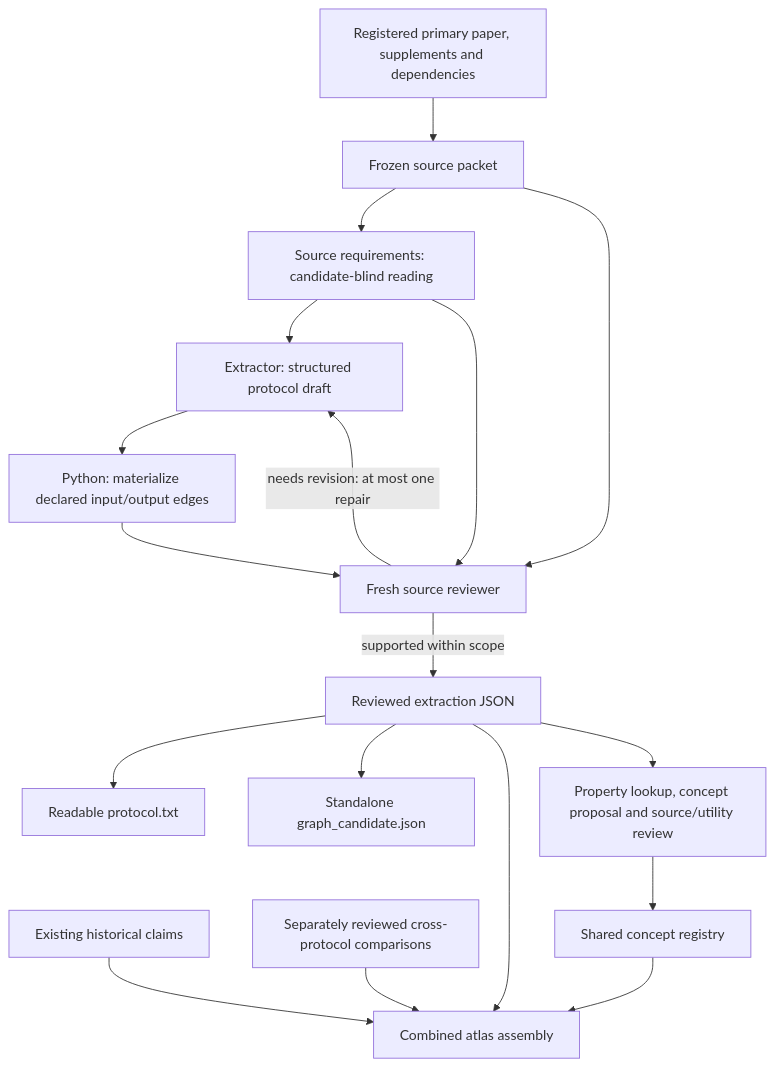
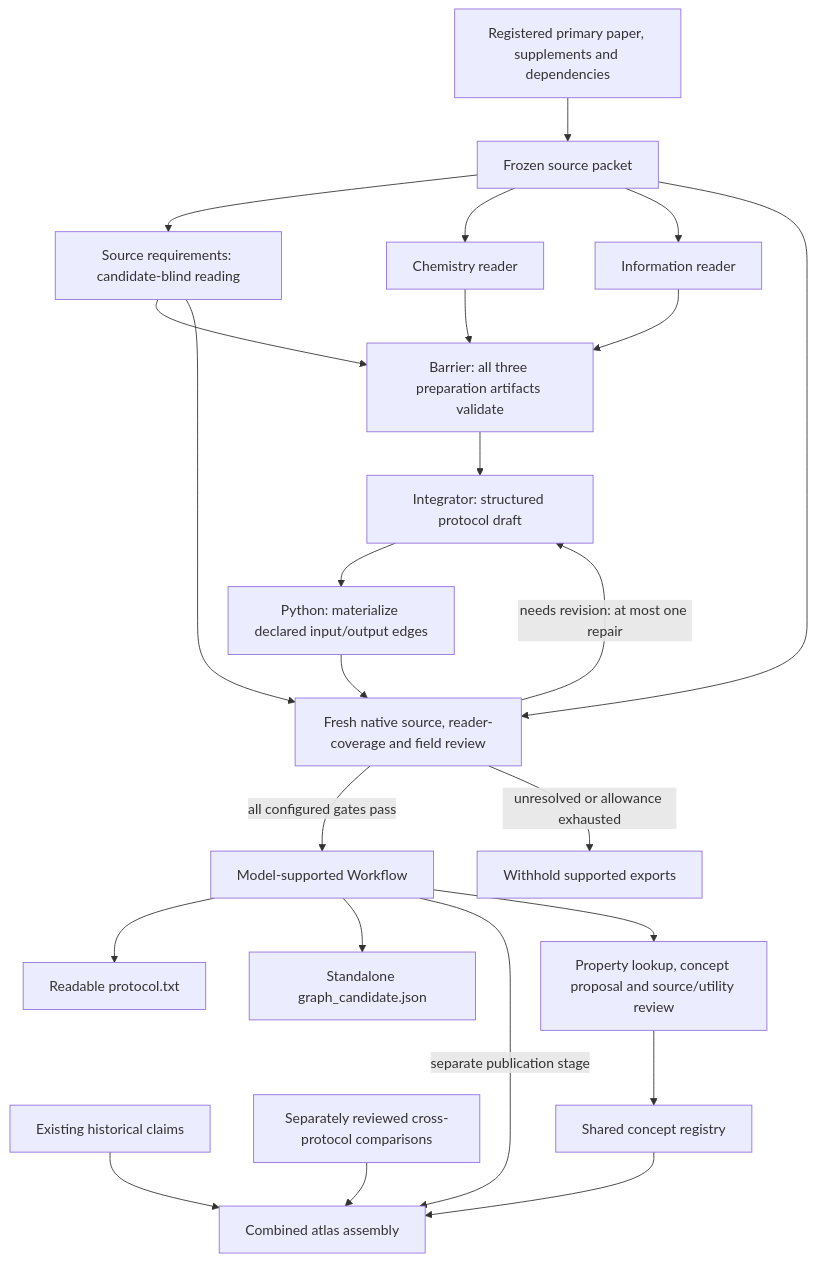
One commit to stojkovicMihajlo/-sequencing-technology-atlas changed the diagram in README.md. Above: the diagram before and after it, drawn with Mermaid. The commit also changed other lines of this file and 40 other files, not shown here.

Commit message:
Record source-only outcomes, reviewer controls and preserved source custody

````diff
--- a/README.md
+++ b/README.md
@@ -216,20 +233,26 @@
 ```mermaid
 flowchart TD
     S[Registered primary paper, supplements and dependencies] --> P[Frozen source packet]
     P --> C[Source requirements: candidate-blind reading]
-    C --> W[Extractor: structured protocol draft]
+    P --> CR[Chemistry reader]
+    P --> IR[Information reader]
+    C --> V[Barrier: all three preparation artifacts validate]
+    CR --> V
+    IR --> V
+    V --> W[Integrator: structured protocol draft]
     W --> A[Python: materialize declared input/output edges]
-    A --> R[Fresh source reviewer]
+    A --> R[Fresh native source, reader-coverage and field review]
     P --> R
     C --> R
     R -->|needs revision: at most one repair| W
-    R -->|supported within scope| J[Reviewed extraction JSON]
+    R -->|all configured gates pass| J[Model-supported Workflow]
+    R -->|unresolved or allowance exhausted| X[Withhold supported exports]
     J --> T[Readable protocol.txt]
     J --> G[Standalone graph_candidate.json]
-    J --> B[Combined atlas assembly]
+    J -->|separate publication stage| B[Combined atlas assembly]
     H[Existing historical claims] --> B
     M[Separately reviewed cross-protocol comparisons] --> B
     J --> L[Property lookup, concept proposal and source/utility review]
     L --> K[Shared concept registry]
     K --> B
 ```
````
